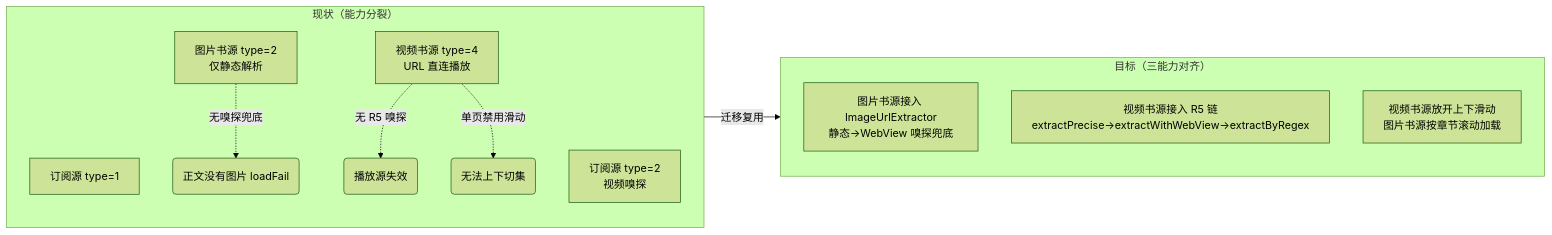
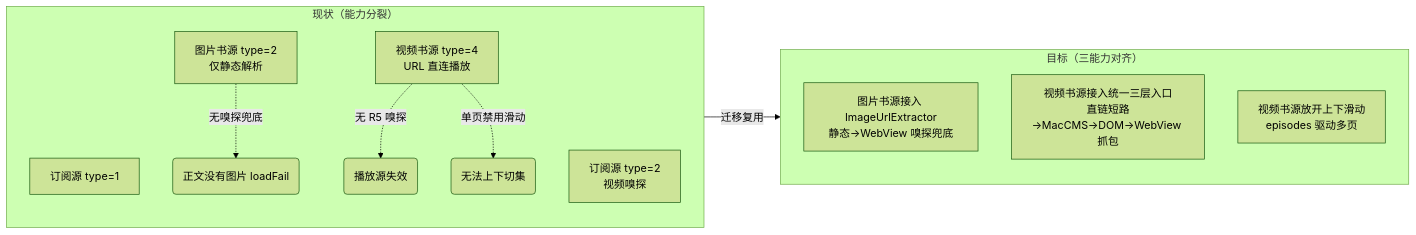
The diagram in docs/specs/sniff-migration-booksource/README.md (legado-backup/legado-m), drawn with Mermaid (forest theme) before and after one commit. The commit also changed other lines of this file and 12 other files, not shown here.

````diff
--- a/docs/specs/sniff-migration-booksource/README.md
+++ b/docs/specs/sniff-migration-booksource/README.md
@@ -15,18 +15,18 @@
 ```mermaid
 flowchart LR
     subgraph 现状["现状（能力分裂）"]
         RSS图片[订阅源 type=1]
         RSS视频[订阅源 type=2<br/>视频嗅探]
         BImg[图片书源 type=2<br/>仅静态解析]
         BVideo[视频书源 type=4<br/>URL 直连播放]
         BImg -.无嗅探兜底.-> X1(正文没有图片 loadFail)
         BVideo -.无 R5 嗅探.-> X2(播放源失效)
         BVideo -.单页禁用滑动.-> X3(无法上下切集)
     end
     subgraph 目标[目标（三能力对齐）]
         T1[图片书源接入 ImageUrlExtractor<br/>静态→WebView 嗅探兜底]
-        T2[视频书源接入 R5 链<br/>extractPrecise→extractWithWebView→extractByRegex]
-        T3[视频书源放开上下滑动<br/>图片书源按章节滚动加载]
+        T2[视频书源接入统一三层入口<br/>直链短路→MacCMS→DOM→WebView 抓包]
+        T3[视频书源放开上下滑动<br/>episodes 驱动多页]
     end
     现状 -->|迁移复用| 目标
 ```
````
